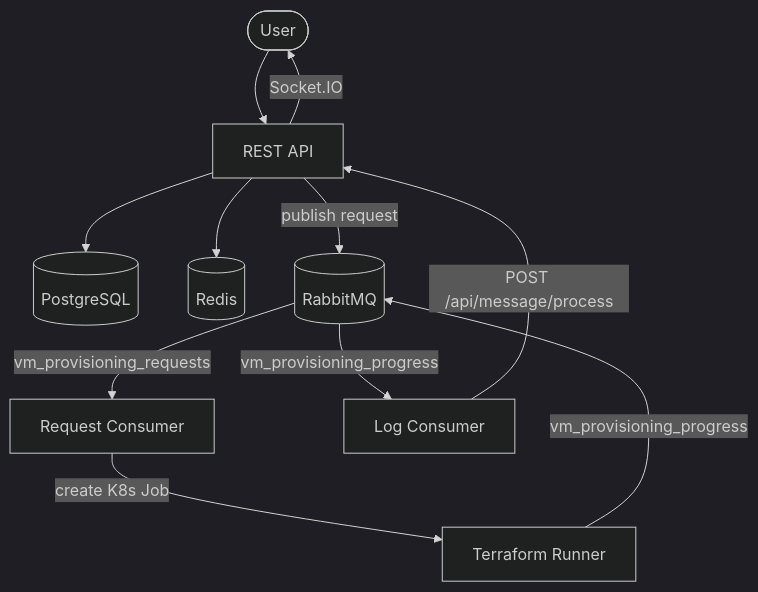
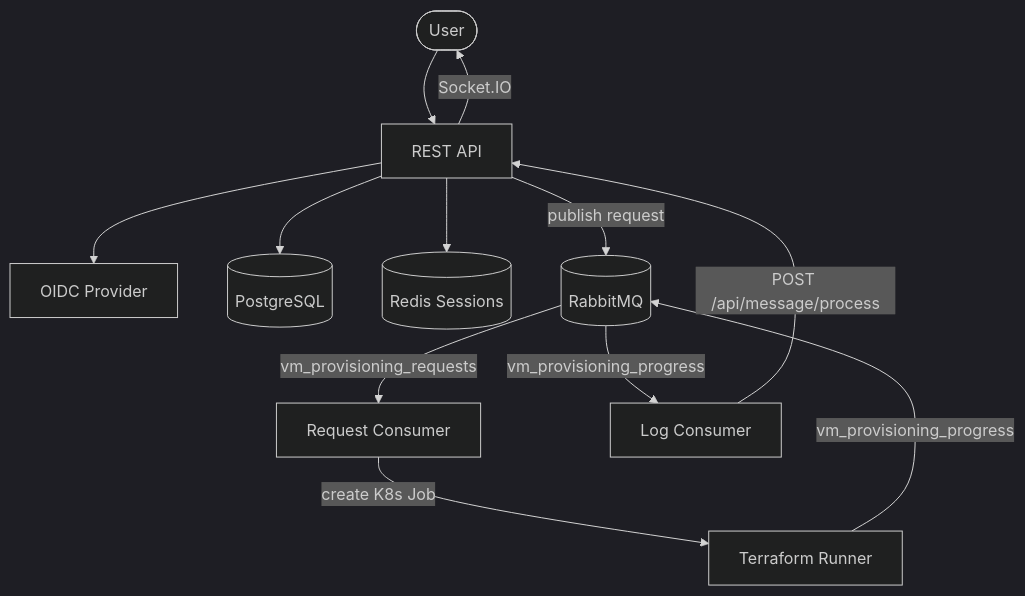
The diagram in README.md (NAICNO/vm-provision-backend), drawn with Mermaid (dark theme) before and after one commit.

Commit message:
Update architecture diagram to include OIDC provider and clarify Redis usage

````diff
--- a/README.md
+++ b/README.md
@@ -9,16 +9,17 @@
 ```mermaid
 flowchart TD
     User([User]) --> REST[REST API]
+    REST --> OIDC[OIDC Provider]
     REST --> PG[(PostgreSQL)]
-    REST --> Redis[(Redis)]
+    REST --> Redis[(Redis Sessions)]
     REST -- publish request --> RMQ[(RabbitMQ)]
 
     RMQ -- vm_provisioning_requests --> RC[Request Consumer]
     RC -- create K8s Job --> TF[Terraform Runner]
 
     TF -- vm_provisioning_progress --> RMQ
     RMQ -- vm_provisioning_progress --> LC[Log Consumer]
     LC -- POST /api/message/process --> REST
 
     REST -- Socket.IO --> User
 ```
````
